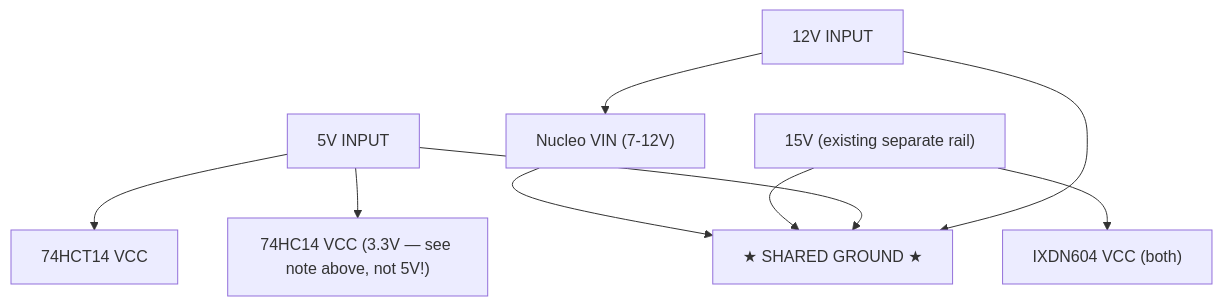
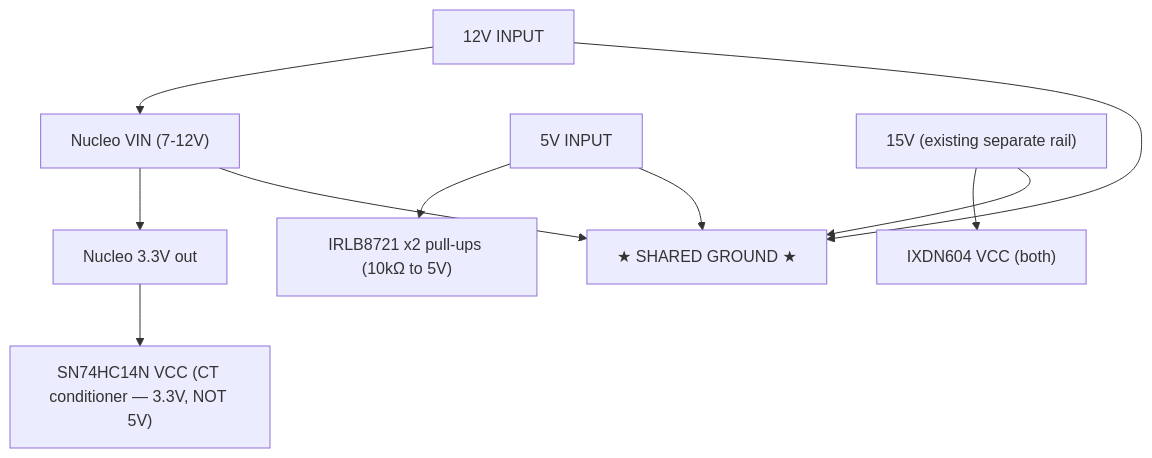
Before and after one commit to metanurb21/Nucleo-induction-heater: the fourth of 4 diagrams in docs/BOARD_V2_DIRECT.md, drawn with Mermaid. The commit also changed other lines of this file and 1 other file, not shown here.

First line of the commit message:
Board v2: use IRLB8721 MOSFET level-shift instead of 74HCT14

````diff
--- a/docs/BOARD_V2_DIRECT.md
+++ b/docs/BOARD_V2_DIRECT.md
@@ -109,12 +123,13 @@
 ```mermaid
 graph TD
     IN12["12V INPUT"] --> NUC["Nucleo VIN (7-12V)"]
-    IN5["5V INPUT"] --> HCT["74HCT14 VCC"]
-    IN5 --> HC["74HC14 VCC (3.3V — see note above, not 5V!)"]
+    IN5["5V INPUT"] --> Q["IRLB8721 x2 pull-ups (10kΩ to 5V)"]
+    NUC --> V33["Nucleo 3.3V out"]
+    V33 --> HC["SN74HC14N VCC (CT conditioner — 3.3V, NOT 5V)"]
     IN15["15V (existing separate rail)"] --> IXDN["IXDN604 VCC (both)"]
 
     IN12 --> STAR["★ SHARED GROUND ★"]
     IN5 --> STAR
     IN15 --> STAR
     NUC --> STAR
 ```
````
